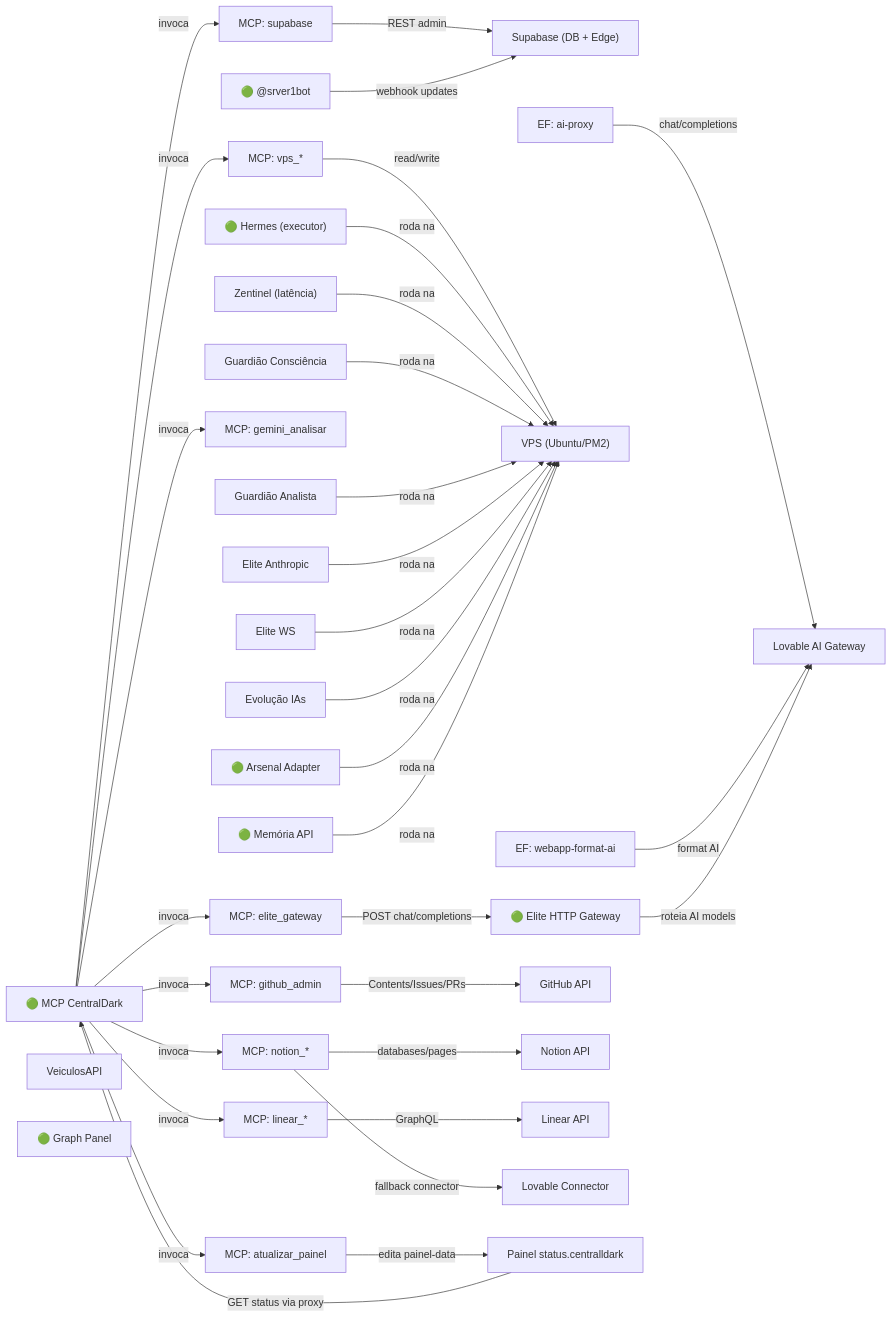
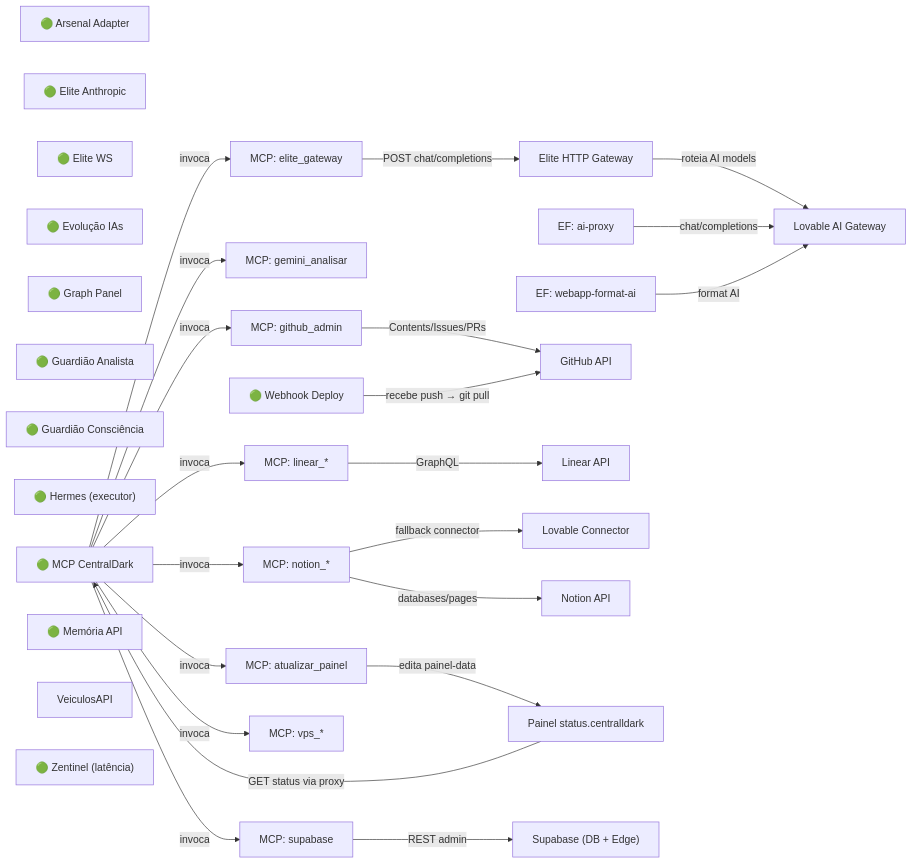
Before and after one commit to ServerVpss/CentralDark: the diagram in docs/BRAIN/00-MAPA-SISTEMA/02-GRAFOS/GRAFO-VIVO.md, drawn with Mermaid. The commit also changed other lines of this file, not shown here.

````diff
--- a/docs/BRAIN/00-MAPA-SISTEMA/02-GRAFOS/GRAFO-VIVO.md
+++ b/docs/BRAIN/00-MAPA-SISTEMA/02-GRAFOS/GRAFO-VIVO.md
@@ -23,65 +32,54 @@
 ```mermaid
 flowchart LR
-    mcp_server["🟢 MCP CentralDark"]
-    supabase["Supabase (DB + Edge)"]
-    lovable_gateway["Lovable AI Gateway"]
-    elite_http_gateway["🟢 Elite HTTP Gateway"]
-    vps["VPS (Ubuntu/PM2)"]
-    bot_telegram["🟢 @srver1bot"]
+    arsenaladapter["🟢 Arsenal Adapter"]
+    elite_http_gateway["Elite HTTP Gateway"]
+    eliteanthropic["🟢 Elite Anthropic"]
+    elitews["🟢 Elite WS"]
+    evolucaoias["🟢 Evolução IAs"]
     fn_ai_proxy["EF: ai-proxy"]
     fn_webapp_format["EF: webapp-format-ai"]
+    github_api["GitHub API"]
+    graph_panel["🟢 Graph Panel"]
+    guardiaoanalista["🟢 Guardião Analista"]
+    guardiaoconsciencia["🟢 Guardião Consciência"]
+    hermes["🟢 Hermes (executor)"]
+    linear_api["Linear API"]
+    lovable_connector["Lovable Connector"]
+    lovable_gateway["Lovable AI Gateway"]
+    mcp_server["🟢 MCP CentralDark"]
+    memoria["🟢 Memória API"]
+    notion_api["Notion API"]
+    painel_status["Painel status.centralldark"]
+    supabase["Supabase (DB + Edge)"]
     tool_elite["MCP: elite_gateway"]
+    tool_gemini["MCP: gemini_analisar"]
     tool_github["MCP: github_admin"]
+    tool_linear["MCP: linear_*"]
+    tool_notion["MCP: notion_*"]
+    tool_painel["MCP: atualizar_painel"]
     tool_supabase["MCP: supabase"]
     tool_vps["MCP: vps_*"]
-    tool_painel["MCP: atualizar_painel"]
-    tool_gemini["MCP: gemini_analisar"]
-    tool_notion["MCP: notion_*"]
-    tool_linear["MCP: linear_*"]
-    github_api["GitHub API"]
-    notion_api["Notion API"]
-    linear_api["Linear API"]
     veiculosapi["VeiculosAPI"]
-    lovable_connector["Lovable Connector"]
-    painel_status["Painel status.centralldark"]
-    graph_panel["🟢 Graph Panel"]
-    hermes["🟢 Hermes (executor)"]
-    zentinel["Zentinel (latência)"]
-    guardiaoconsciencia["Guardião Consciência"]
-    guardiaoanalista["Guardião Analista"]
-    eliteanthropic["Elite Anthropic"]
-    elitews["Elite WS"]
-    evolucaoias["Evolução IAs"]
-    arsenaladapter["🟢 Arsenal Adapter"]
-    memoria["🟢 Memória API"]
+    webhook_deploy["🟢 Webhook Deploy"]
+    zentinel["🟢 Zentinel (latência)"]
+    elite_http_gateway -->|roteia AI models| lovable_gateway
     fn_ai_proxy -->|chat/completions| lovable_gateway
     fn_webapp_format -->|format AI| lovable_gateway
     mcp_server -->|invoca| tool_elite
+    mcp_server -->|invoca| tool_gemini
     mcp_server -->|invoca| tool_github
+    mcp_server -->|invoca| tool_linear
+    mcp_server -->|invoca| tool_notion
+    mcp_server -->|invoca| tool_painel
     mcp_server -->|invoca| tool_supabase
     mcp_server -->|invoca| tool_vps
-    mcp_server -->|invoca| tool_painel
-    mcp_server -->|invoca| tool_gemini
-    mcp_server -->|invoca| tool_notion
-    mcp_server -->|invoca| tool_linear
+    painel_status -->|GET status via proxy| mcp_server
     tool_elite -->|POST chat/completions| elite_http_gateway
     tool_github -->|Contents/Issues/PRs| github_api
+    tool_linear -->|GraphQL| linear_api
+    tool_notion -->|fallback connector| lovable_connector
+    tool_notion -->|databases/pages| notion_api
+    tool_painel -->|edita painel-data| painel_status
     tool_supabase -->|REST admin| supabase
-    tool_vps -->|read/write| vps
-    tool_painel -->|edita painel-data| painel_status
-    tool_notion -->|databases/pages| notion_api
-    tool_notion -->|fallback connector| lovable_connector
-    tool_linear -->|GraphQL| linear_api
-    bot_telegram -->|webhook updates| supabase
-    painel_status -->|GET status via proxy| mcp_server
-    elite_http_gateway -->|roteia AI models| lovable_gateway
-    hermes -->|roda na| vps
-    zentinel -->|roda na| vps
-    guardiaoconsciencia -->|roda na| vps
-    guardiaoanalista -->|roda na| vps
-    eliteanthropic -->|roda na| vps
-    elitews -->|roda na| vps
-    evolucaoias -->|roda na| vps
-    arsenaladapter -->|roda na| vps
-    memoria -->|roda na| vps
+    webhook_deploy -->|recebe push → git pull| github_api
 ```
````
